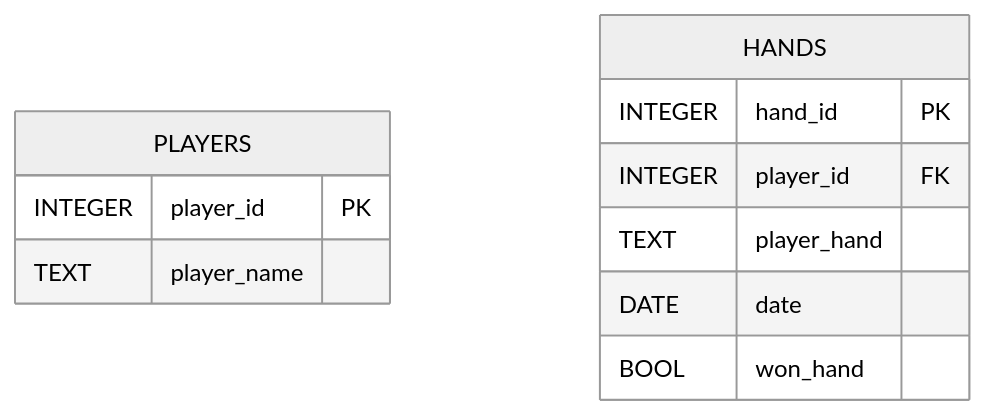
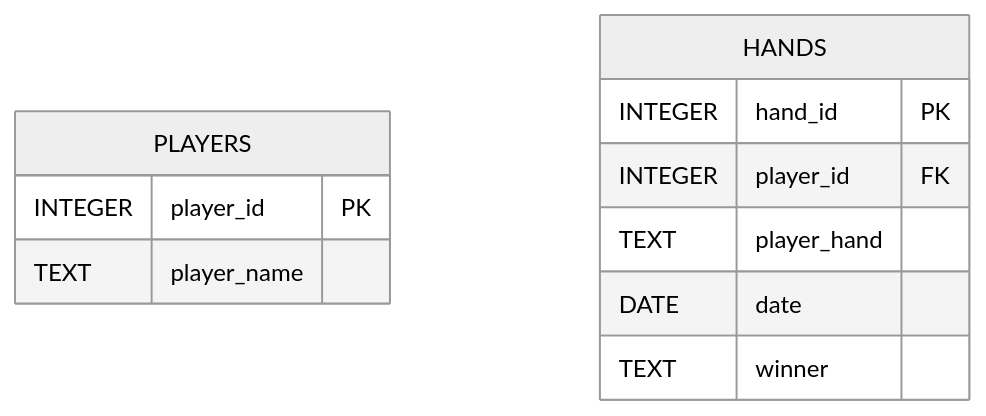
Before and after one commit to mtm90/Poker-app: the second of 3 diagrams in README.md, drawn with Mermaid (neutral theme). The commit also changed other lines of this file, not shown here.

````diff
--- a/README.md
+++ b/README.md
@@ -114,14 +114,14 @@
 ```mermaid
 erDiagram
     PLAYERS {
         INTEGER player_id PK
         TEXT player_name
     }
     HANDS {
         INTEGER hand_id PK
         INTEGER player_id FK
         TEXT player_hand
         DATE date
-        BOOL won_hand
+        TEXT winner
     }
 ```
````
